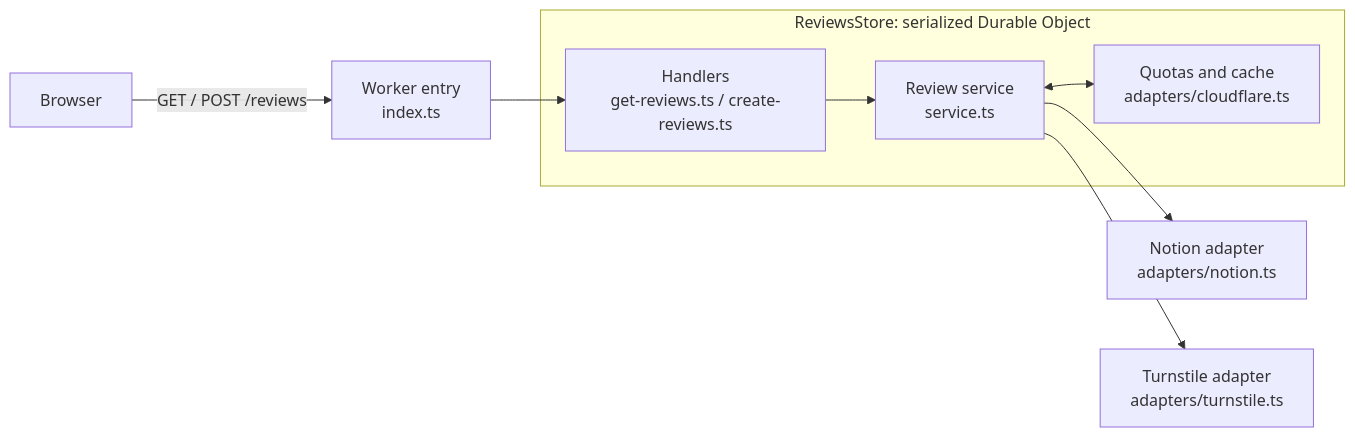
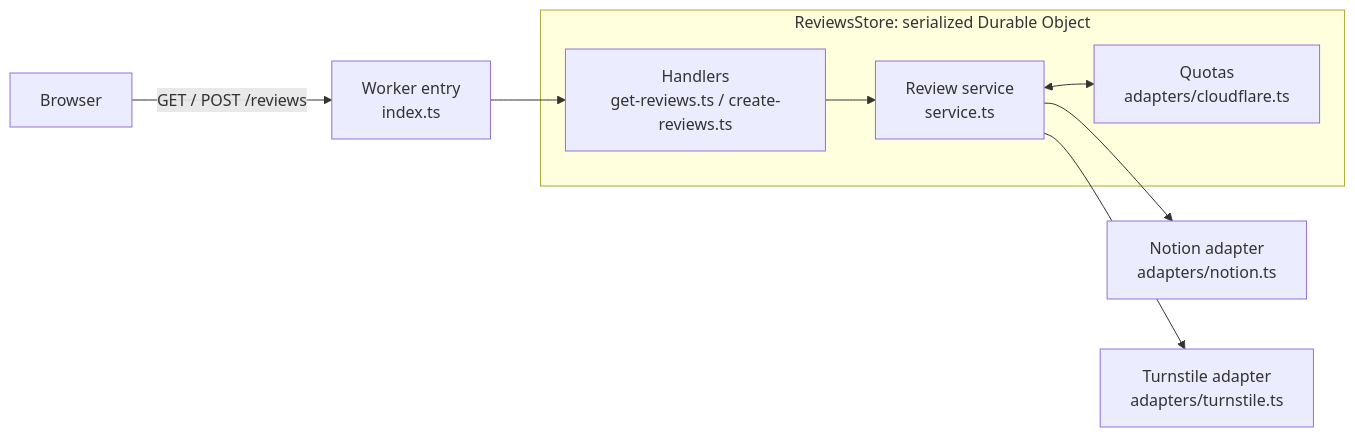
The diagram in backend/README.md (blam135/cookii-au), drawn with Mermaid before and after one commit. The commit also changed other lines of this file and 11 other files, not shown here.

````diff
--- a/backend/README.md
+++ b/backend/README.md
@@ -39,13 +39,13 @@
 ```mermaid
 flowchart LR
     Browser["Browser"] -->|"GET / POST /reviews"| Worker["Worker entry<br/>index.ts"]
     Worker --> Handler
 
     subgraph DO["ReviewsStore: serialized Durable Object"]
         Handler["Handlers<br/>get-reviews.ts / create-reviews.ts"] --> Service["Review service<br/>service.ts"]
-        Service <--> State["Quotas and cache<br/>adapters/cloudflare.ts"]
+        Service <--> State["Quotas<br/>adapters/cloudflare.ts"]
     end
 
     Service --> Notion["Notion adapter<br/>adapters/notion.ts"]
     Service --> Turnstile["Turnstile adapter<br/>adapters/turnstile.ts"]
 ```
````
